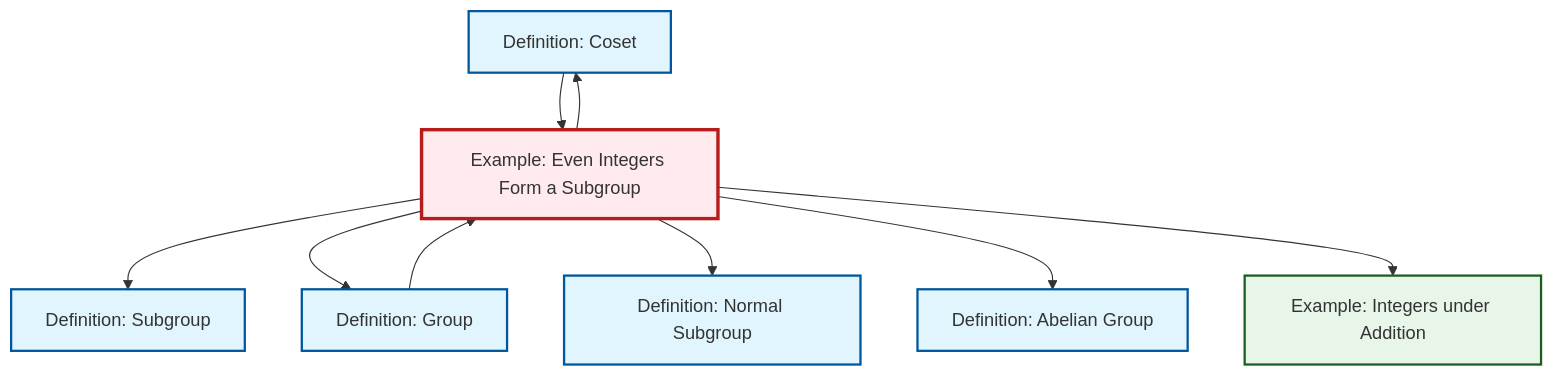
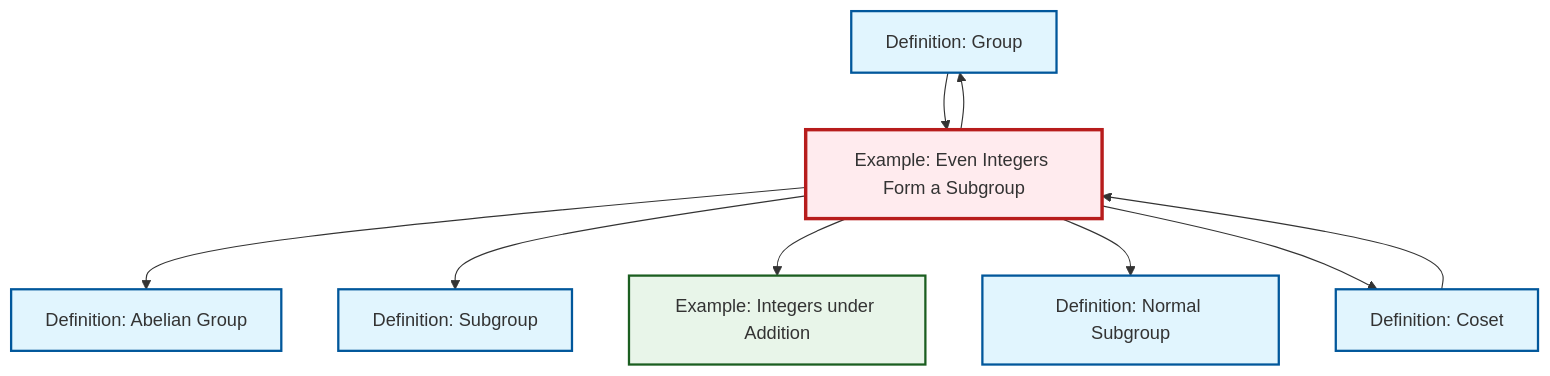
One commit to RK0429/ModernMath changed the diagram in output/mermaid/en/ex-even-integers-subgroup.mermaid. Above: the diagram before and after it, drawn with Mermaid. The commit also changed 672 other files, not shown here.

```diff
--- a/output/mermaid/en/ex-even-integers-subgroup.mermaid
+++ b/output/mermaid/en/ex-even-integers-subgroup.mermaid
@@ -1,23 +1,22 @@
-%%| fig-cap: "Local dependency graph"
 graph TD
     classDef definition fill:#e1f5fe,stroke:#01579b,stroke-width:2px
     classDef theorem fill:#f3e5f5,stroke:#4a148c,stroke-width:2px
     classDef axiom fill:#fff3e0,stroke:#e65100,stroke-width:2px
     classDef example fill:#e8f5e9,stroke:#1b5e20,stroke-width:2px
     classDef current fill:#ffebee,stroke:#b71c1c,stroke-width:3px
     def-subgroup["Definition: Subgroup"]:::definition
-    def-abelian-group["Definition: Abelian Group"]:::definition
     def-normal-subgroup["Definition: Normal Subgroup"]:::definition
     ex-integers-addition["Example: Integers under Addition"]:::example
+    def-group["Definition: Group"]:::definition
     def-coset["Definition: Coset"]:::definition
-    def-group["Definition: Group"]:::definition
     ex-even-integers-subgroup["Example: Even Integers Form a Subgroup"]:::example
+    def-abelian-group["Definition: Abelian Group"]:::definition
+    ex-even-integers-subgroup --> def-abelian-group
+    ex-even-integers-subgroup --> def-subgroup
     def-coset --> ex-even-integers-subgroup
-    ex-even-integers-subgroup --> def-subgroup
+    ex-even-integers-subgroup --> ex-integers-addition
     def-group --> ex-even-integers-subgroup
+    ex-even-integers-subgroup --> def-normal-subgroup
     ex-even-integers-subgroup --> def-group
-    ex-even-integers-subgroup --> def-normal-subgroup
     ex-even-integers-subgroup --> def-coset
-    ex-even-integers-subgroup --> def-abelian-group
-    ex-even-integers-subgroup --> ex-integers-addition
     class ex-even-integers-subgroup current
```
